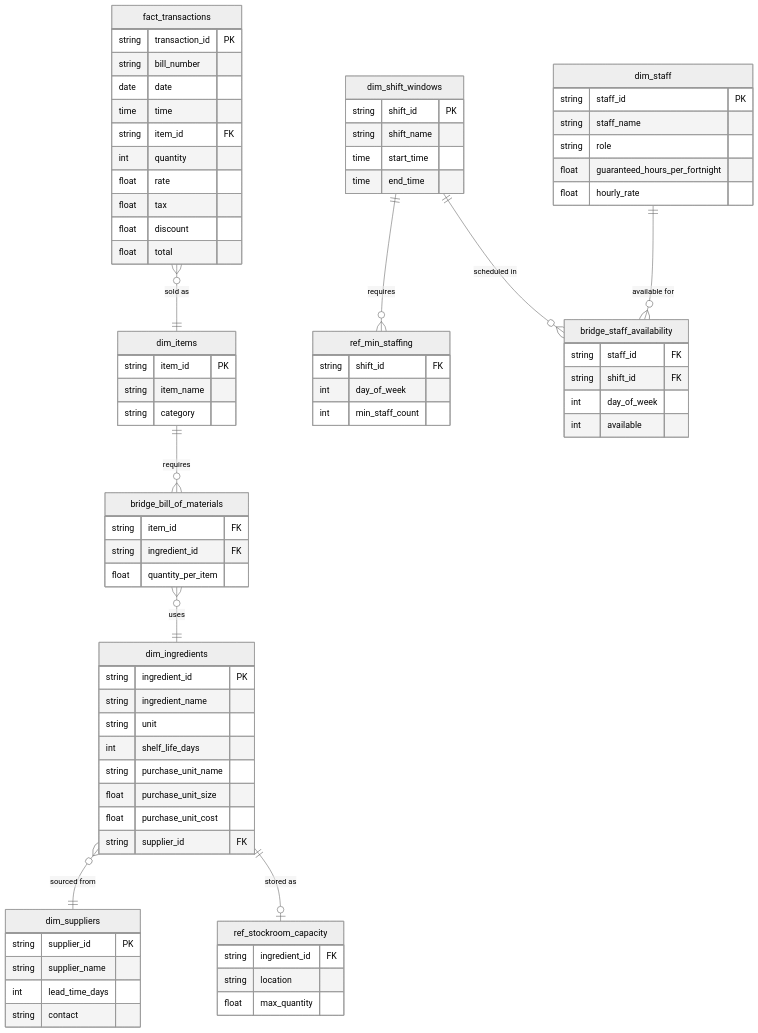
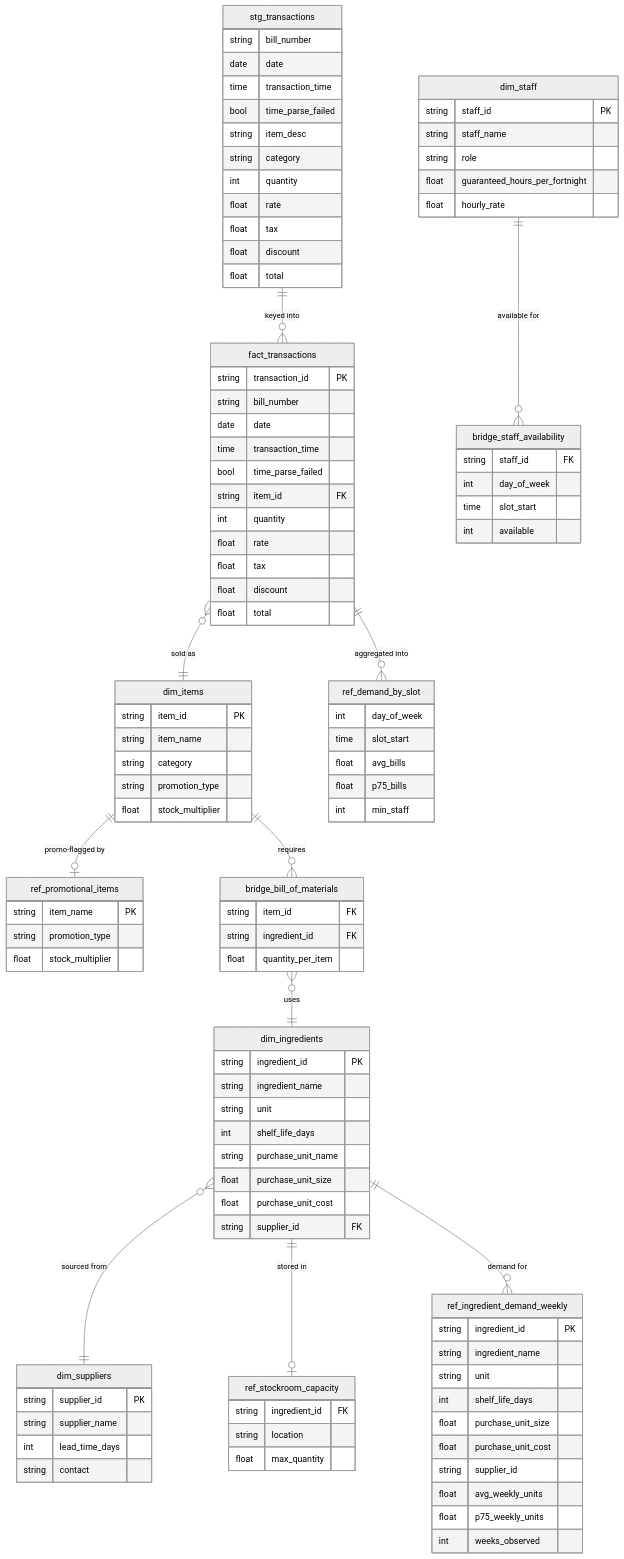
Before and after one commit to Jinmyung98/cafe_ocean_data_analysis: the diagram in docs/data_model.md, drawn with Mermaid (neutral theme). The commit also changed other lines of this file, not shown here.

````diff
--- a/docs/data_model.md
+++ b/docs/data_model.md
@@ -5,10 +26,24 @@
 ```mermaid
 erDiagram
+    stg_transactions {
+        string bill_number
+        date date
+        time transaction_time
+        bool time_parse_failed
+        string item_desc
+        string category
+        int quantity
+        float rate
+        float tax
+        float discount
+        float total
+    }
     fact_transactions {
         string transaction_id PK
         string bill_number
         date date
-        time time
+        time transaction_time
+        bool time_parse_failed
         string item_id FK
         int quantity
         float rate
@@ -20,6 +55,45 @@
         string item_id PK
         string item_name
         string category
+        string promotion_type
+        float stock_multiplier
+    }
+    ref_promotional_items {
+        string item_name PK
+        string promotion_type
+        float stock_multiplier
+    }
+    ref_demand_by_slot {
+        int day_of_week
+        time slot_start
+        float avg_bills
+        float p75_bills
+        int min_staff
+    }
+    dim_staff {
+        string staff_id PK
+        string staff_name
+        string role
+        float guaranteed_hours_per_fortnight
+        float hourly_rate
+    }
+    bridge_staff_availability {
+        string staff_id FK
+        int day_of_week
+        time slot_start
+        int available
+    }
+    ref_ingredient_demand_weekly {
+        string ingredient_id PK
+        string ingredient_name
+        string unit
+        int shelf_life_days
+        float purchase_unit_size
+        float purchase_unit_cost
+        string supplier_id
+        float avg_weekly_units
+        float p75_weekly_units
+        int weeks_observed
     }
     dim_ingredients {
         string ingredient_id PK
@@ -47,37 +121,15 @@
         string location
         float max_quantity
     }
-    dim_staff {
-        string staff_id PK
-        string staff_name
-        string role
-        float guaranteed_hours_per_fortnight
-        float hourly_rate
-    }
-    dim_shift_windows {
-        string shift_id PK
-        string shift_name
-        time start_time
-        time end_time
-    }
-    ref_min_staffing {
-        string shift_id FK
-        int day_of_week
-        int min_staff_count
-    }
-    bridge_staff_availability {
-        string staff_id FK
-        string shift_id FK
-        int day_of_week
-        int available
-    }
 
+    stg_transactions ||--o{ fact_transactions : "keyed into"
     fact_transactions }o--|| dim_items : "sold as"
+    dim_items ||--o| ref_promotional_items : "promo-flagged by"
+    fact_transactions ||--o{ ref_demand_by_slot : "aggregated into"
+    dim_staff ||--o{ bridge_staff_availability : "available for"
     dim_items ||--o{ bridge_bill_of_materials : "requires"
     bridge_bill_of_materials }o--|| dim_ingredients : "uses"
     dim_ingredients }o--|| dim_suppliers : "sourced from"
-    dim_ingredients ||--o| ref_stockroom_capacity : "stored as"
-    dim_shift_windows ||--o{ ref_min_staffing : "requires"
-    dim_shift_windows ||--o{ bridge_staff_availability : "scheduled in"
-    dim_staff ||--o{ bridge_staff_availability : "available for"
+    dim_ingredients ||--o| ref_stockroom_capacity : "stored in"
+    dim_ingredients ||--o{ ref_ingredient_demand_weekly : "demand for"
 ```
````
